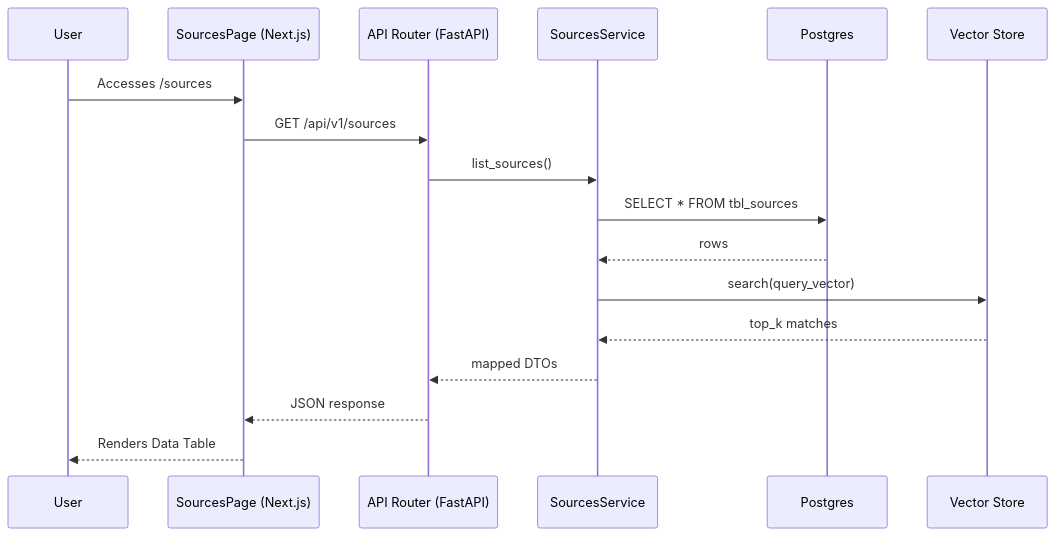
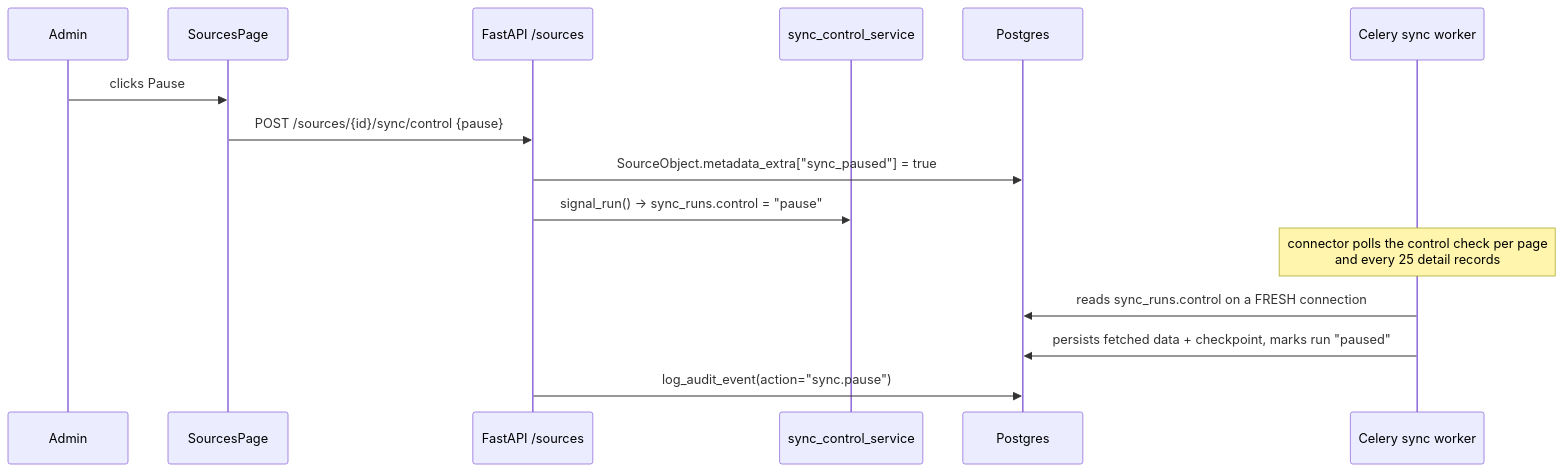
The third of 26 diagrams in docs/11_UI_Tabs_Explanation.md (Valuedx/ContextEdge), drawn with Mermaid before and after one commit. The commit also changed other lines of this file and 48 other files, not shown here.

````diff
--- a/docs/11_UI_Tabs_Explanation.md
+++ b/docs/11_UI_Tabs_Explanation.md
@@ -237,20 +316,18 @@
 ```mermaid
 sequenceDiagram
-    participant User
-    participant Frontend as SourcesPage (Next.js)
-    participant API as API Router (FastAPI)
-    participant Service as SourcesService
+    participant Admin
+    participant Page as SourcesPage
+    participant API as FastAPI /sources
+    participant Ctl as sync_control_service
     participant DB as Postgres
-    participant Vector as Vector Store
-    
-    User->>Frontend: Accesses /sources
-    Frontend->>API: GET /api/v1/sources
-    API->>Service: list_sources()
-    Service->>DB: SELECT * FROM tbl_sources
-    DB-->>Service: rows
-    Service->>Vector: search(query_vector)
-    Vector-->>Service: top_k matches
-    Service-->>API: mapped DTOs
-    API-->>Frontend: JSON response
-    Frontend-->>User: Renders Data Table
+    participant Worker as Celery sync worker
+
+    Admin->>Page: clicks Pause
+    Page->>API: POST /sources/{id}/sync/control {pause}
+    API->>DB: SourceObject.metadata_extra["sync_paused"] = true
+    API->>Ctl: signal_run() -> sync_runs.control = "pause"
+    Note over Worker: connector polls the control check per page<br/>and every 25 detail records
+    Worker->>DB: reads sync_runs.control on a FRESH connection
+    Worker->>DB: persists fetched data + checkpoint, marks run "paused"
+    API->>DB: log_audit_event(action="sync.pause")
 ```
````
